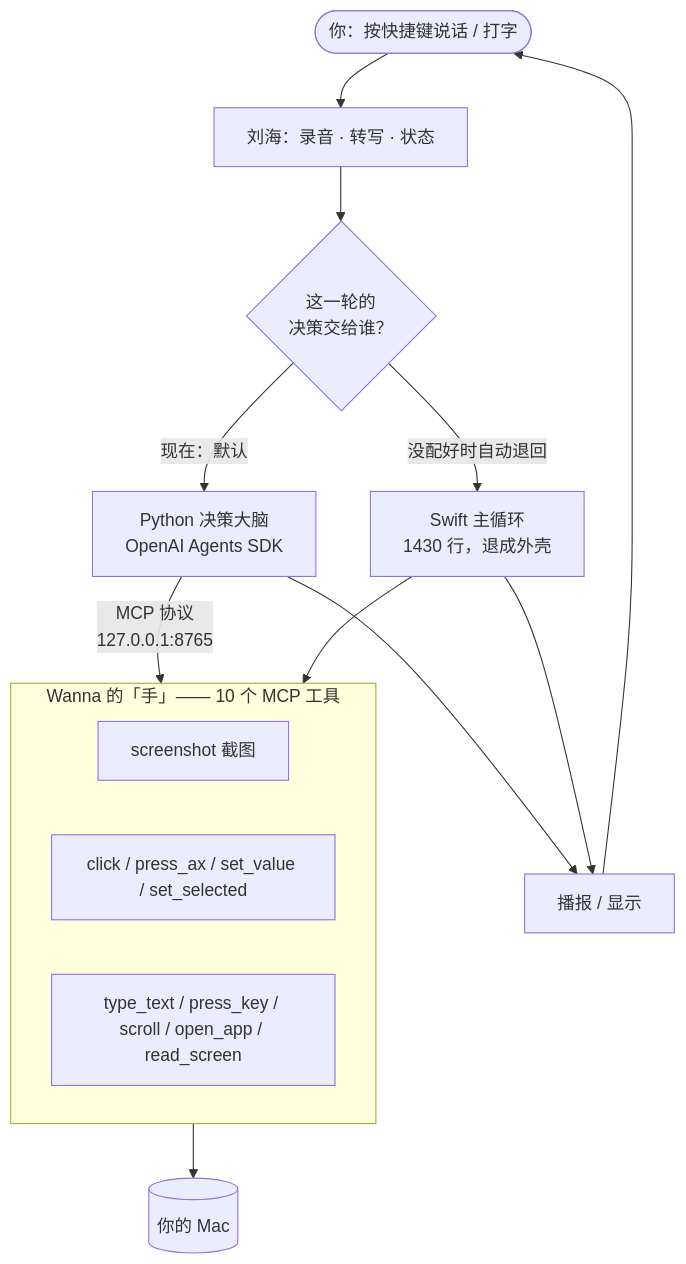
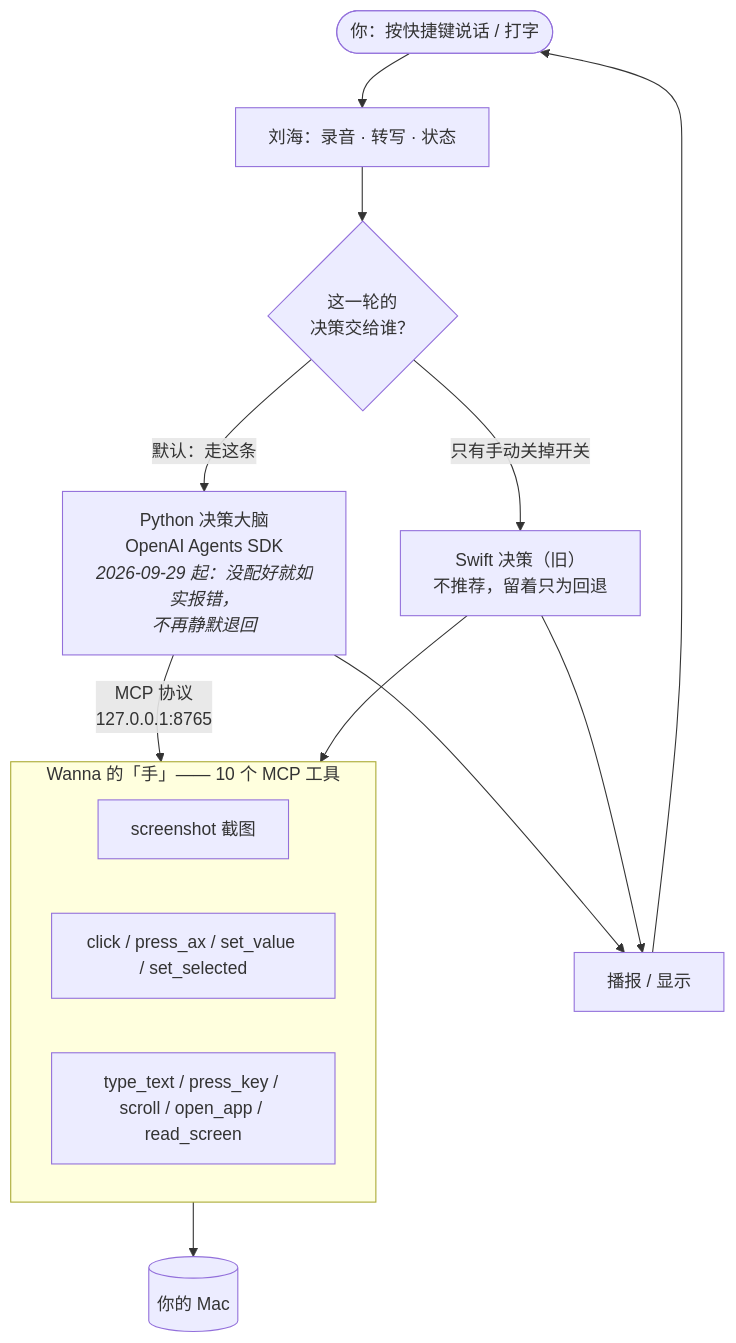
One commit to nash-aigc/wanna changed the first of 6 diagrams in 全局框架/00-项目全貌.md. Above: the diagram before and after it, drawn with Mermaid. The commit also changed other lines of this file and 1 other file, not shown here.

````diff
--- a/全局框架/00-项目全貌.md
+++ b/全局框架/00-项目全貌.md
@@ -21,22 +21,22 @@
 ```mermaid
 flowchart TB
     U([你：按快捷键说话 / 打字]) --> NOTCH[刘海：录音 · 转写 · 状态]
     NOTCH --> TURN{这一轮的<br/>决策交给谁？}
 
-    TURN -->|现在：默认| PY["Python 决策大脑<br/>OpenAI Agents SDK"]
-    TURN -->|没配好时自动退回| SW["Swift 主循环<br/>1430 行，退成外壳"]
+    TURN -->|默认：走这条| PY["Python 决策大脑<br/>OpenAI Agents SDK<br/><i>2026-09-29 起：没配好就如实报错，<br/>不再静默退回</i>"]
+    TURN -->|只有手动关掉开关| SW["Swift 决策（旧）<br/>不推荐，留着只为回退"]
 
     PY -->|MCP 协议<br/>127.0.0.1:8765| HANDS
     SW --> HANDS
 
     subgraph HANDS ["Wanna 的「手」—— 10 个 MCP 工具"]
         H1[screenshot 截图]
         H2[click / press_ax / set_value / set_selected]
         H3[type_text / press_key / scroll / open_app / read_screen]
     end
 
     HANDS --> MAC[(你的 Mac)]
     PY --> SPEAK[播报 / 显示]
     SW --> SPEAK
     SPEAK --> U
 ```
````
